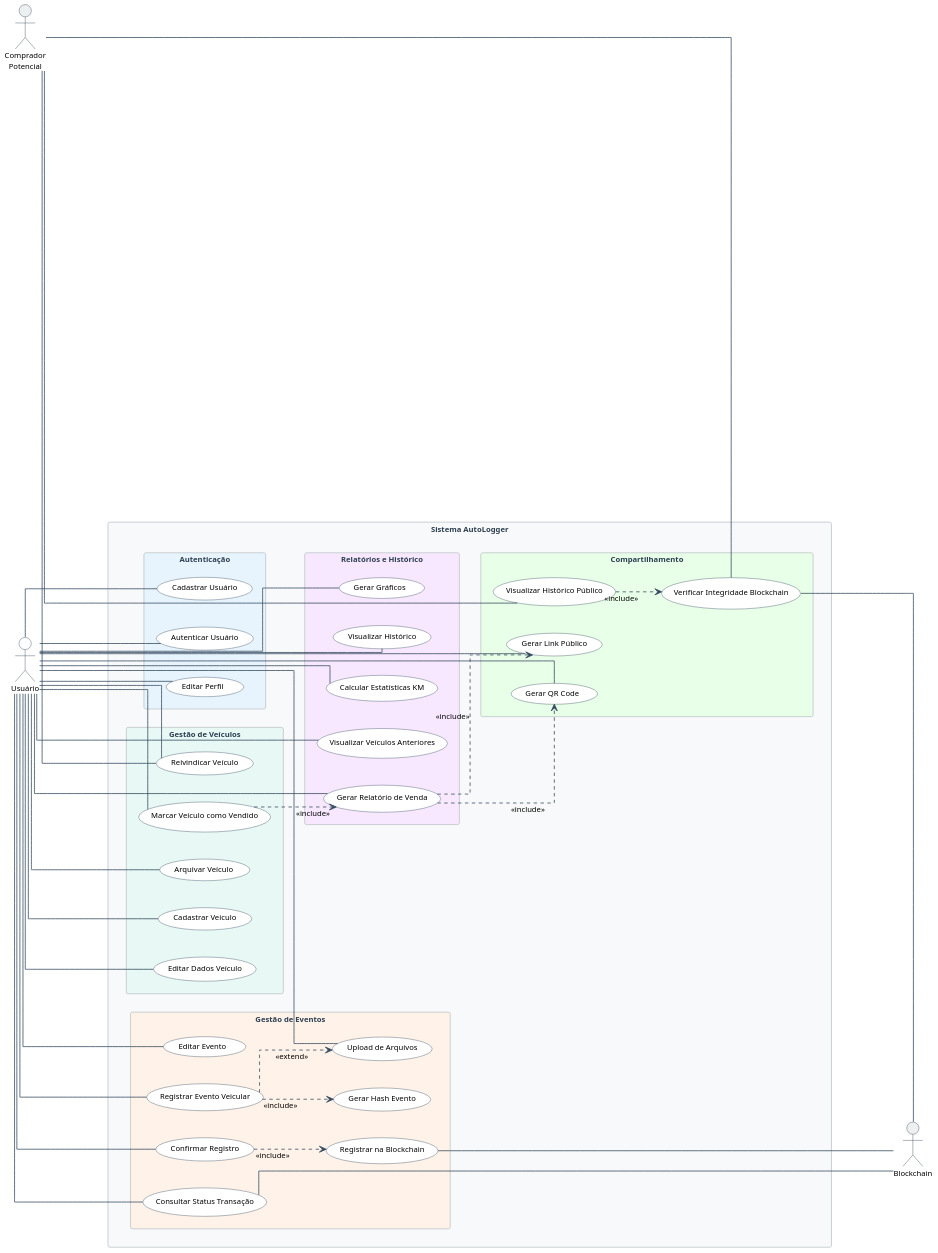
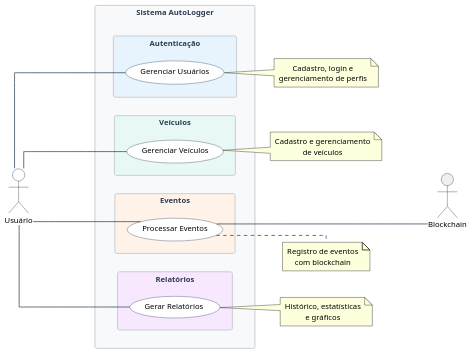
One commit to Pellegr1n1/autologger-services changed the diagram in docs/use_case_diagram/general_system.puml. Above: the diagram before and after it, drawn with PlantUML. The commit also changed 5 other files, not shown here.

```diff
--- a/docs/use_case_diagram/general_system.puml
+++ b/docs/use_case_diagram/general_system.puml
@@ -1,116 +1,62 @@
-@startuml casos_uso_completos
+@startuml general_system
 
 left to right direction
 
 skinparam {
-    usecaseFontSize 11
+    usecaseFontSize 12
     usecaseFontName "Segoe UI"
     usecaseBackgroundColor #FFFFFF
     usecaseBorderColor #34495E
     actorBackgroundColor #FFFFFF
     actorBorderColor #2C3E50
     actorFontName "Segoe UI"
-    actorFontSize 11
+    actorFontSize 12
     arrowColor #34495E
     rectangleBackgroundColor #F8F9FA
     rectangleBorderColor #BDC3C7
     rectangleFontColor #2C3E50
     rectangleFontName "Segoe UI"
-    rectangleFontSize 12
+    rectangleFontSize 13
     defaultTextAlignment center
-    wrapWidth 180
+    wrapWidth 200
     dpi 150
     shadowing false
     linetype ortho
     defaultFontName "Segoe UI"
     defaultFontSize 10
 }
 
 actor "Usuário" as User #FFFFFF
-actor "Comprador\nPotencial" as Buyer #ECF0F1
 actor "Blockchain" as Blockchain #ECF0F1
 
 rectangle "Sistema AutoLogger" #F8F9FA {
-
-  rectangle "Autenticação" #E8F4FD {
-    (Cadastrar Usuário) as UC01
-    (Autenticar Usuário) as UC02
-    (Editar Perfil) as UC16
-  }
-
-  rectangle "Gestão de Veículos" #E8F8F5 {
-    (Cadastrar Veículo) as UC03
-    (Editar Dados Veículo) as UC17
-    (Marcar Veículo como Vendido) as UC18
-    (Arquivar Veículo) as UC19
-    (Reivindicar Veículo) as UC20
-  }
-
-  rectangle "Gestão de Eventos" #FFF2E8 {
-    (Registrar Evento Veicular) as UC05
-    (Upload de Arquivos) as UC07
-    (Gerar Hash Evento) as UC08
-    (Confirmar Registro) as UC09
-    (Registrar na Blockchain) as UC10
-    (Consultar Status Transação) as UC11
-    (Editar Evento) as UC15
-  }
-
-  rectangle "Relatórios e Histórico" #F8E8FF {
-    (Visualizar Histórico) as UC12
-    (Calcular Estatísticas KM) as UC13
-    (Gerar Gráficos) as UC14
-    (Gerar Relatório de Venda) as UC21
-    (Visualizar Veículos Anteriores) as UC22
-  }
-
-  rectangle "Compartilhamento" #E8FFE8 {
-    (Gerar Link Público) as UC23
-    (Gerar QR Code) as UC24
-    (Visualizar Histórico Público) as UC25
-    (Verificar Integridade Blockchain) as UC26
-  }
+    rectangle "Autenticação" #E8F4FD {
+        (Gerenciar Usuários) as AUTH
+    }
+    
+    rectangle "Veículos" #E8F8F5 {
+        (Gerenciar Veículos) as VEH
+    }
+    
+    rectangle "Eventos" #FFF2E8 {
+        (Processar Eventos) as EVT
+    }
+    
+    rectangle "Relatórios" #F8E8FF {
+        (Gerar Relatórios) as REP
+    }
 }
 
-' Conexões do Usuário Principal
-User --- UC01
-User --- UC02
-User --- UC16
-User --- UC03
-User --- UC17
-User --- UC18
-User --- UC19
-User --- UC20
-User --- UC05
-User --- UC07
-User --- UC09
-User --- UC11
-User --- UC15
-User --- UC12
-User --- UC13
-User --- UC14
-User --- UC21
-User --- UC22
-User --- UC23
-User --- UC24
+User --- AUTH
+User --- VEH
+User --- EVT
+User --- REP
 
-' Conexões do Comprador Potencial
-Buyer --- UC25
-Buyer --- UC26
-Buyer --- UC20
+EVT --- Blockchain
 
-' Relacionamentos Include/Extend
-UC05 ..> UC08 : <<include>>
-UC09 ..> UC10 : <<include>>
-UC05 ..> UC07 : <<extend>>
-UC18 ..> UC21 : <<include>>
-UC21 ..> UC23 : <<include>>
-UC21 ..> UC24 : <<include>>
-UC25 ..> UC26 : <<include>>
-
-' Conexões com Blockchain
-UC10 --- Blockchain
-UC11 --- Blockchain
-UC26 --- Blockchain
+note right of AUTH : Cadastro, login e\ngerenciamento de perfis
+note right of VEH : Cadastro e gerenciamento\nde veículos
+note right of EVT : Registro de eventos\ncom blockchain
+note right of REP : Histórico, estatísticas\ne gráficos
 
 @enduml
```
